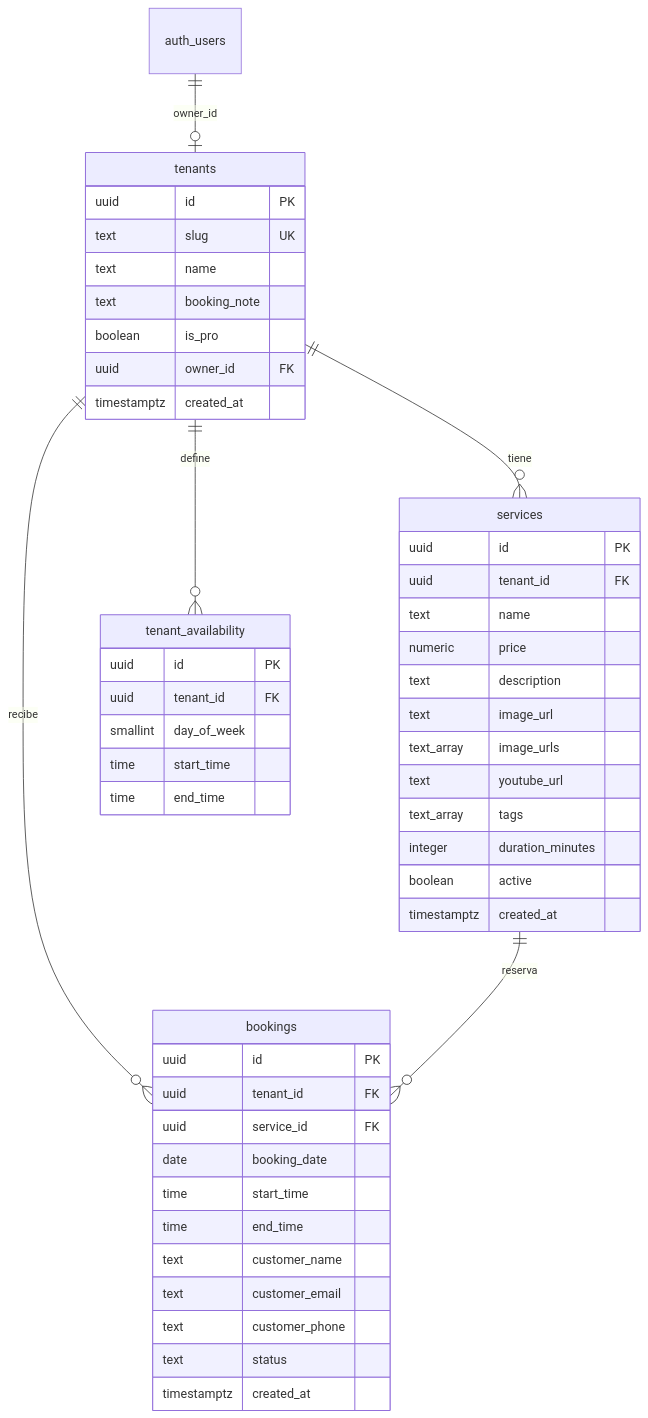
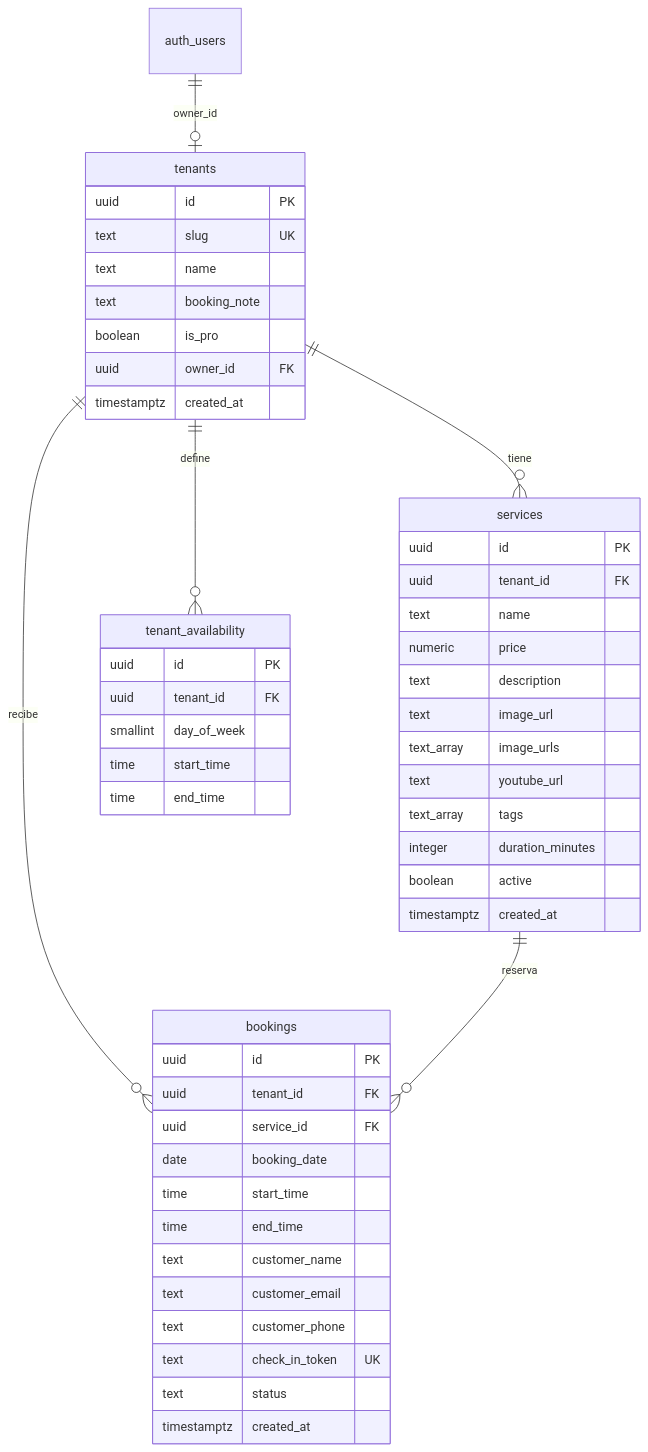
The diagram in fastbook-roadmap.md (Manoplo/fastbook), drawn with Mermaid before and after one commit. The commit also changed other lines of this file and 12 other files, not shown here.

````diff
--- a/fastbook-roadmap.md
+++ b/fastbook-roadmap.md
@@ -156,55 +163,56 @@
 ```mermaid
 erDiagram
   auth_users ||--o| tenants : "owner_id"
   tenants ||--o{ services : "tiene"
   tenants ||--o{ tenant_availability : "define"
   tenants ||--o{ bookings : "recibe"
   services ||--o{ bookings : "reserva"
 
   tenants {
     uuid id PK
     text slug UK
     text name
     text booking_note
     boolean is_pro
     uuid owner_id FK
     timestamptz created_at
   }
 
   services {
     uuid id PK
     uuid tenant_id FK
     text name
     numeric price
     text description
     text image_url
     text_array image_urls
     text youtube_url
     text_array tags
     integer duration_minutes
     boolean active
     timestamptz created_at
   }
 
   tenant_availability {
     uuid id PK
     uuid tenant_id FK
     smallint day_of_week
     time start_time
     time end_time
   }
 
   bookings {
     uuid id PK
     uuid tenant_id FK
     uuid service_id FK
     date booking_date
     time start_time
     time end_time
     text customer_name
     text customer_email
     text customer_phone
+    text check_in_token UK
     text status
     timestamptz created_at
   }
 ```
````
